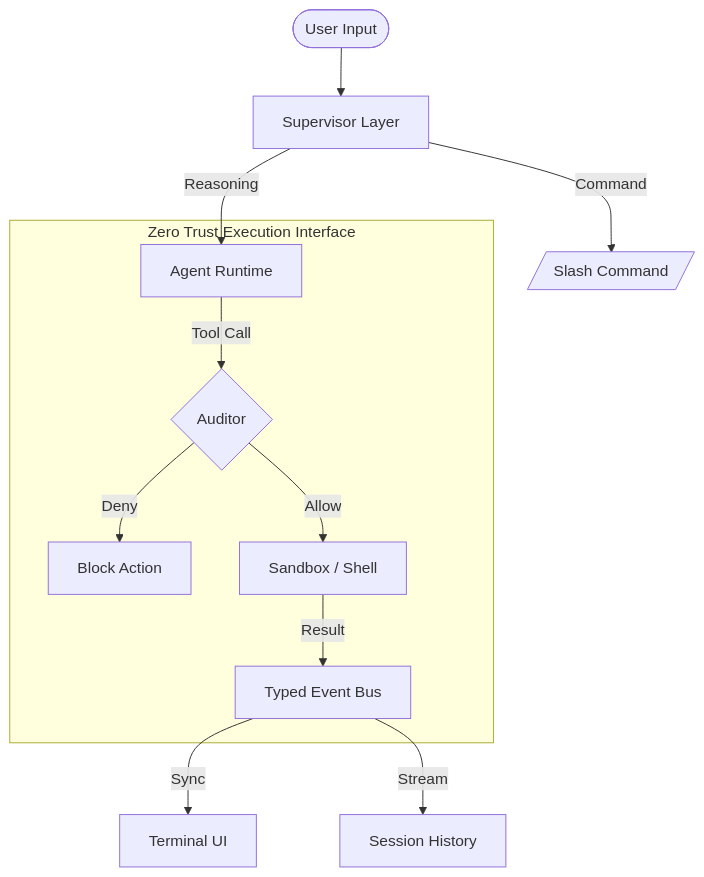
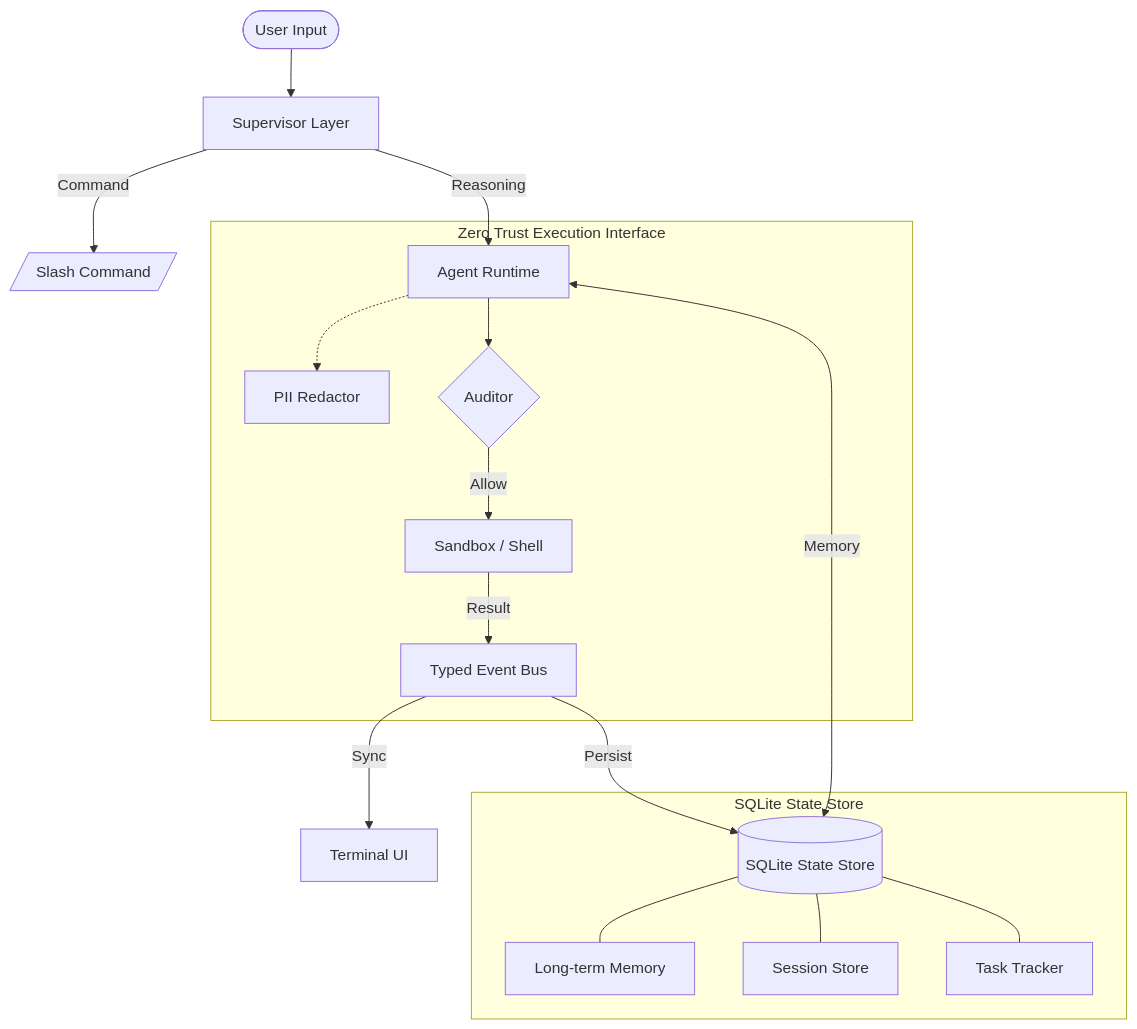
Before and after one commit to AuroraDeveloperOps/obsidian-next: the diagram in README.md, drawn with Mermaid. The commit also changed other lines of this file and 25 other files, not shown here.

Commit message:
feat: implement SQLite state management, migration system, and persistent memory tooling (v0.4.5)

````diff
--- a/README.md
+++ b/README.md
@@ -20,16 +20,23 @@
 ```mermaid
 graph TD
     User([User Input]) --> Supervisor[Supervisor Layer]
     Supervisor -->|Command| cmd[/Slash Command/]
     Supervisor -->|Reasoning| Agent[Agent Runtime]
     
     subgraph "Zero Trust Execution Interface"
-        Agent -->|Tool Call| Auditor{Auditor}
-        Auditor -->|Deny| Reject[Block Action]
+        Agent -.-> Redactor[PII Redactor]
+        Agent --> Auditor{Auditor}
         Auditor -->|Allow| Sandbox[Sandbox / Shell]
-        Sandbox -->|Result| EventBus[Typed Event Bus]
+        Sandbox -->|Result| bus[Typed Event Bus]
     end
     
-    EventBus -->|Sync| UI[Terminal UI]
-    EventBus -->|Stream| History[Session History]
+    bus -->|Sync| UI[Terminal UI]
+    bus -->|Persist| DB[(SQLite State Store)]
+    Agent <-->|Memory| DB
+    
+    subgraph "SQLite State Store"
+        DB --- Memos[Long-term Memory]
+        DB --- Sessions[Session Store]
+        DB --- Tasks[Task Tracker]
+    end
 ```
````
